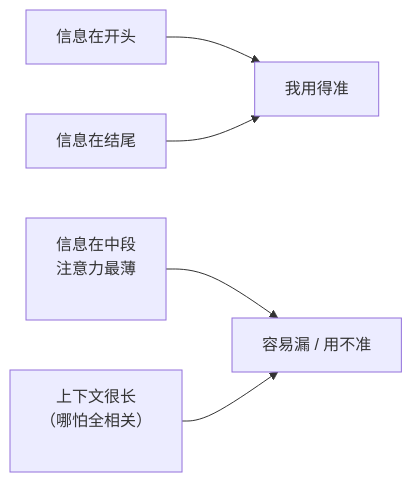
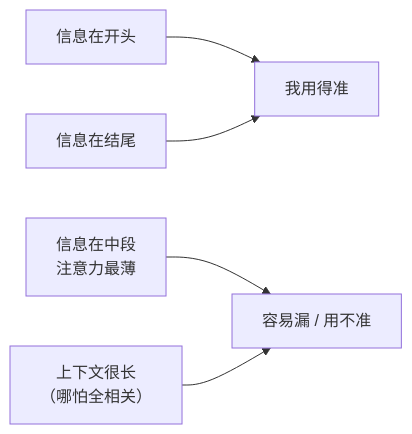
The diagram in docs/05-implementation/context-rot.mdx (XuebinMa/AIWiki), drawn with Mermaid before and after one commit. The commit also changed 99 other files, not shown here.

First line of the commit message:
fix(mermaid): 全局根治节点文字裁切（htmlLabels:false + 清理 br/nbsp 占位）(#26)

````diff
--- a/docs/05-implementation/context-rot.mdx
+++ b/docs/05-implementation/context-rot.mdx
@@ -42,7 +42,7 @@
 ```mermaid
 flowchart LR
     A["信息在开头"] --> G["我用得准"]
-    B["信息在中段<br/>注意力最薄<br/>&nbsp;"] --> H["容易漏 / 用不准"]
+    B["信息在中段<br/>注意力最薄"] --> H["容易漏 / 用不准"]
     C["信息在结尾"] --> G
-    D["上下文很长<br/>（哪怕全相关）<br/>&nbsp;"] --> H
+    D["上下文很长<br/>（哪怕全相关）"] --> H
 ```
````
